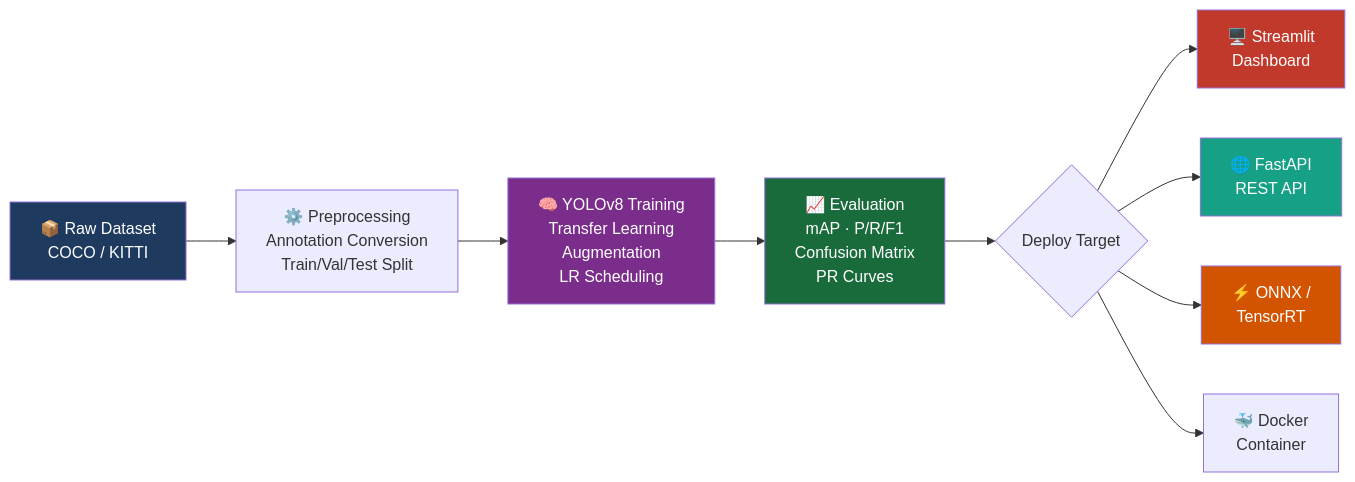
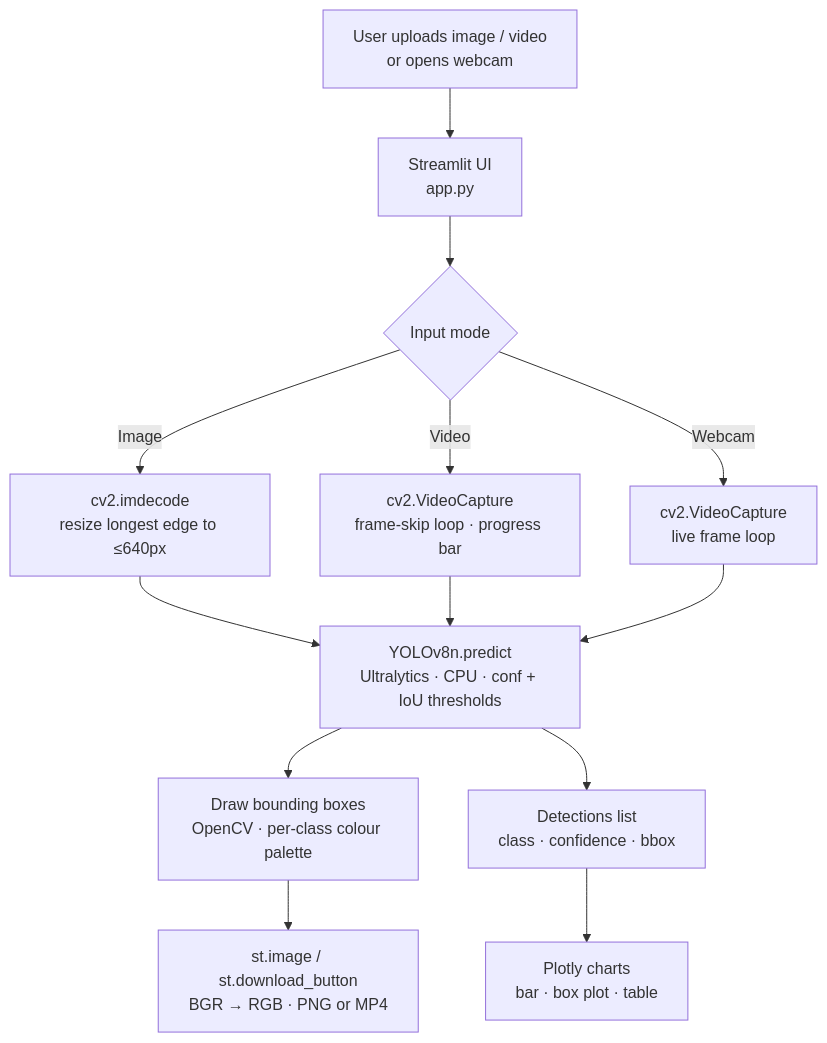
One commit to pun33th45/autonomous-vehicle-obstacle-detection-yolo changed the diagram in README.md. Above: the diagram before and after it, drawn with Mermaid. The commit also changed other lines of this file and 2 other files, not shown here.

````diff
--- a/README.md
+++ b/README.md
@@ -88,18 +31,13 @@
 ```mermaid
-flowchart LR
-    A[📦 Raw Dataset\nCOCO / KITTI] --> B[⚙️ Preprocessing\nAnnotation Conversion\nTrain/Val/Test Split]
-    B --> C[🧠 YOLOv8 Training\nTransfer Learning\nAugmentation\nLR Scheduling]
-    C --> D[📈 Evaluation\nmAP · P/R/F1\nConfusion Matrix\nPR Curves]
-    D --> E{Deploy Target}
-    E --> F[🖥️ Streamlit\nDashboard]
-    E --> G[🌐 FastAPI\nREST API]
-    E --> H[⚡ ONNX /\nTensorRT]
-    E --> I[🐳 Docker\nContainer]
-
-    style A fill:#1e3a5f,color:#fff
-    style C fill:#7b2d8b,color:#fff
-    style D fill:#1a6b3c,color:#fff
-    style F fill:#c0392b,color:#fff
-    style G fill:#16a085,color:#fff
-    style H fill:#d35400,color:#fff
+flowchart TD
+    A[User uploads image / video\nor opens webcam] --> B[Streamlit UI\napp.py]
+    B --> C{Input mode}
+    C -->|Image| D[cv2.imdecode\nresize longest edge to ≤640px]
+    C -->|Video| E[cv2.VideoCapture\nframe-skip loop · progress bar]
+    C -->|Webcam| F[cv2.VideoCapture\nlive frame loop]
+    D & E & F --> G[YOLOv8n.predict\nUltralytics · CPU · conf + IoU thresholds]
+    G --> H[Draw bounding boxes\nOpenCV · per-class colour palette]
+    H --> I[st.image / st.download_button\nBGR → RGB · PNG or MP4]
+    G --> J[Detections list\nclass · confidence · bbox]
+    J --> K[Plotly charts\nbar · box plot · table]
 ```
````
